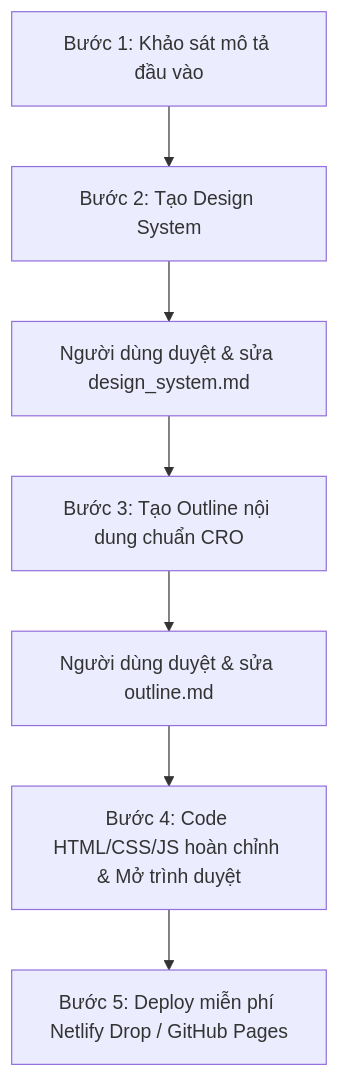
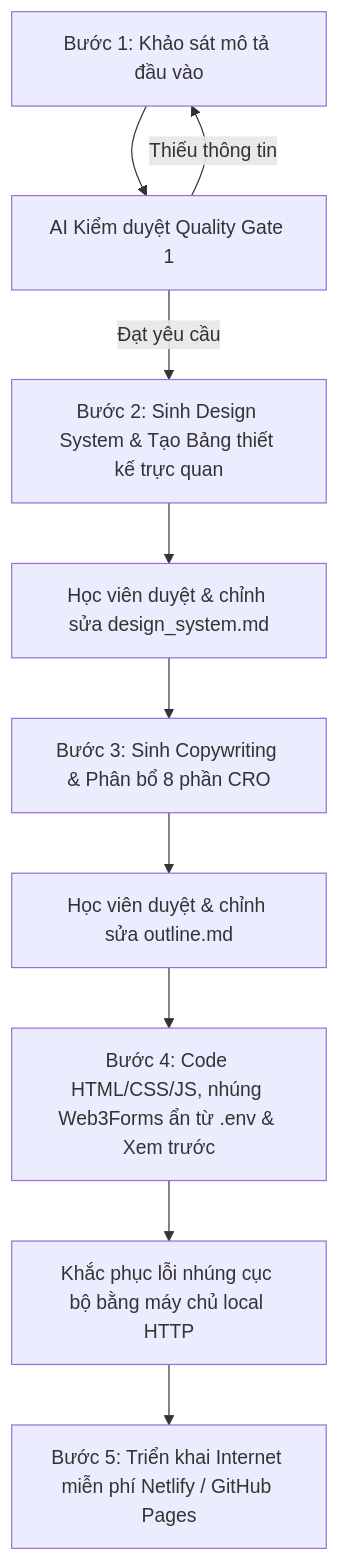
The diagram in detail_spec.md (lucasbekind-cpu/landing-page), drawn with Mermaid before and after one commit. The commit also changed other lines of this file and 1 other file, not shown here.

````diff
--- a/detail_spec.md
+++ b/detail_spec.md
@@ -43,9 +59,12 @@
 ```mermaid
 graph TD
-    A[Bước 1: Khảo sát mô tả đầu vào] --> B[Bước 2: Tạo Design System]
-    B --> C[Người dùng duyệt & sửa design_system.md]
-    C --> D[Bước 3: Tạo Outline nội dung chuẩn CRO]
-    D --> E[Người dùng duyệt & sửa outline.md]
-    E --> F[Bước 4: Code HTML/CSS/JS hoàn chỉnh & Mở trình duyệt]
-    F --> G[Bước 5: Deploy miễn phí Netlify Drop / GitHub Pages]
+    A[Bước 1: Khảo sát mô tả đầu vào] --> B[AI Kiểm duyệt Quality Gate 1]
+    B -- Thiếu thông tin --> A
+    B -- Đạt yêu cầu --> C[Bước 2: Sinh Design System & Tạo Bảng thiết kế trực quan]
+    C --> D[Học viên duyệt & chỉnh sửa design_system.md]
+    D --> E[Bước 3: Sinh Copywriting & Phân bổ 8 phần CRO]
+    E --> F[Học viên duyệt & chỉnh sửa outline.md]
+    F --> G[Bước 4: Code HTML/CSS/JS, nhúng Web3Forms ẩn từ .env & Xem trước]
+    G --> H[Khắc phục lỗi nhúng cục bộ bằng máy chủ local HTTP]
+    H --> I[Bước 5: Triển khai Internet miễn phí Netlify / GitHub Pages]
 ```
````
